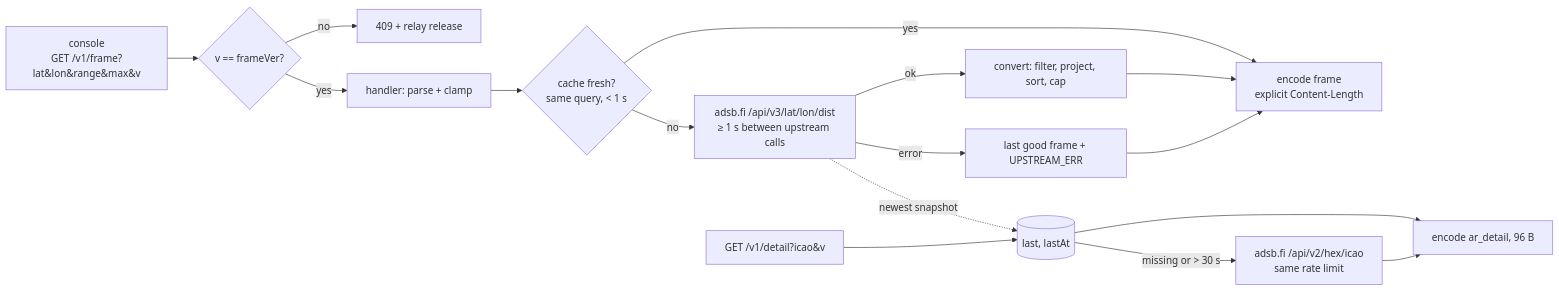
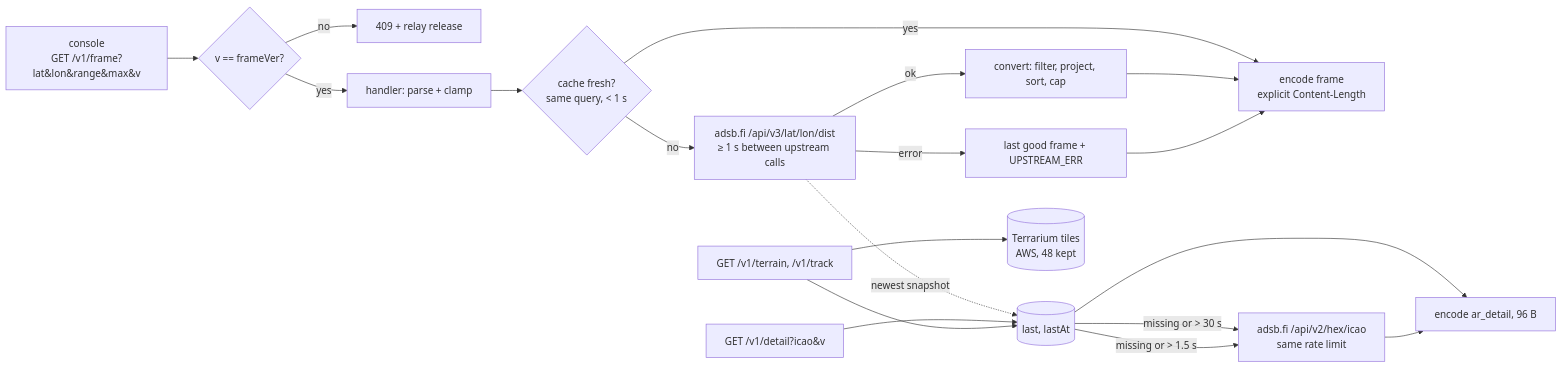
Before and after one commit to jfryman/mega-wifi-radar: the diagram in lode/relay/relay.md, drawn with Mermaid. The commit also changed other lines of this file and 50 other files, not shown here.

````diff
--- a/lode/relay/relay.md
+++ b/lode/relay/relay.md
@@ -7,17 +7,20 @@
 ```mermaid
 flowchart LR
   C[console<br/>GET /v1/frame?lat&lon&range&max&v] --> V{v == frameVer?}
   V -- no --> M[409 + relay release]
   V -- yes --> H[handler: parse + clamp]
   H --> K{cache fresh?<br/>same query, < 1 s}
   K -- yes --> E
   K -- no --> U[adsb.fi /api/v3/lat/lon/dist<br/>≥ 1 s between upstream calls]
   U -- ok --> X[convert: filter, project, sort, cap] --> E[encode frame<br/>explicit Content-Length]
   U -- error --> L[last good frame + UPSTREAM_ERR]
   L --> E
   U -. newest snapshot .-> S[(last, lastAt)]
   D[GET /v1/detail?icao&v] --> S
   S -- missing or > 30 s --> HX[adsb.fi /api/v2/hex/icao<br/>same rate limit]
   S --> DE[encode ar_detail, 96 B]
   HX --> DE
+  T[GET /v1/terrain, /v1/track] --> S
+  S -- missing or > 1.5 s --> HX
+  T --> DEM[(Terrarium tiles<br/>AWS, 48 kept)]
 ```
````
